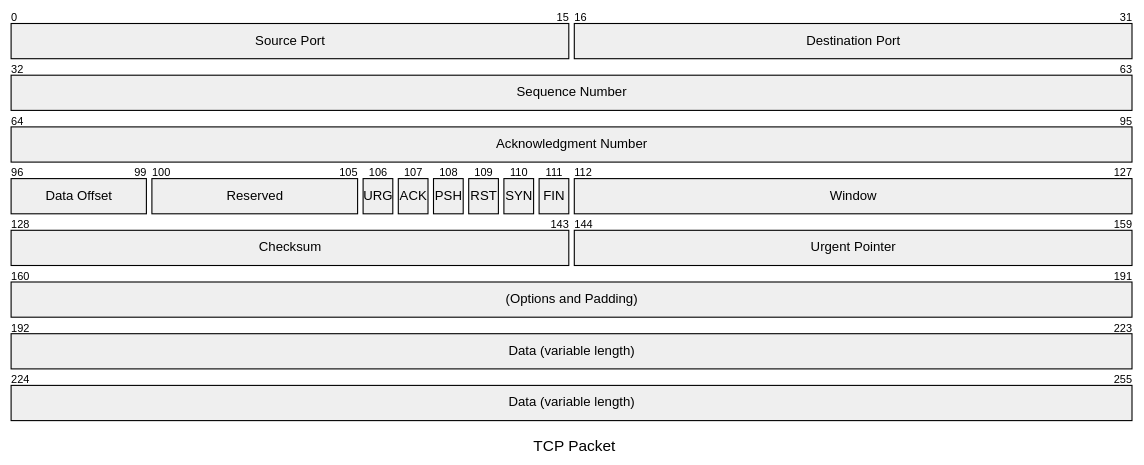
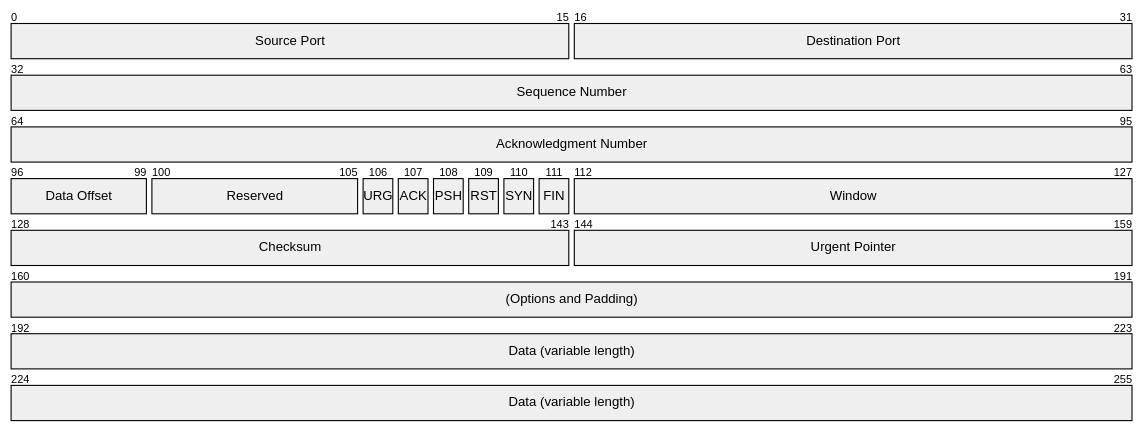
One commit to xiaodongQ/xiaodongq.github.io changed the sixth of 11 diagrams in _posts/2025-06-04-tools-mermaid.md. Above: the diagram before and after it, drawn with Mermaid. The commit also changed other lines of this file and 1 other file, not shown here.

Commit message:
添加mermaid语句头

````diff
--- a/_posts/2025-06-04-tools-mermaid.md
+++ b/_posts/2025-06-04-tools-mermaid.md
@@ -269,23 +292,26 @@
 ```mermaid
+---
+mermaid: true
+---
 ---
 title: "TCP Packet"
 ---
 packet-beta
 0-15: "Source Port"
 16-31: "Destination Port"
 32-63: "Sequence Number"
 64-95: "Acknowledgment Number"
 96-99: "Data Offset"
 100-105: "Reserved"
 106: "URG"
 107: "ACK"
 108: "PSH"
 109: "RST"
 110: "SYN"
 111: "FIN"
 112-127: "Window"
 128-143: "Checksum"
 144-159: "Urgent Pointer"
 160-191: "(Options and Padding)"
 192-255: "Data (variable length)"
 ```
````
